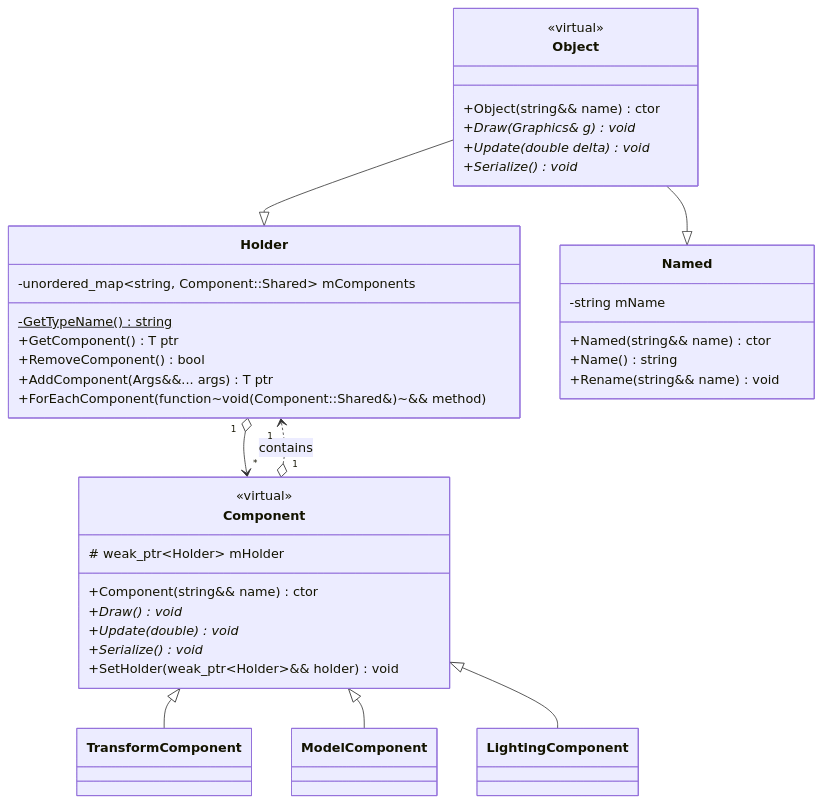
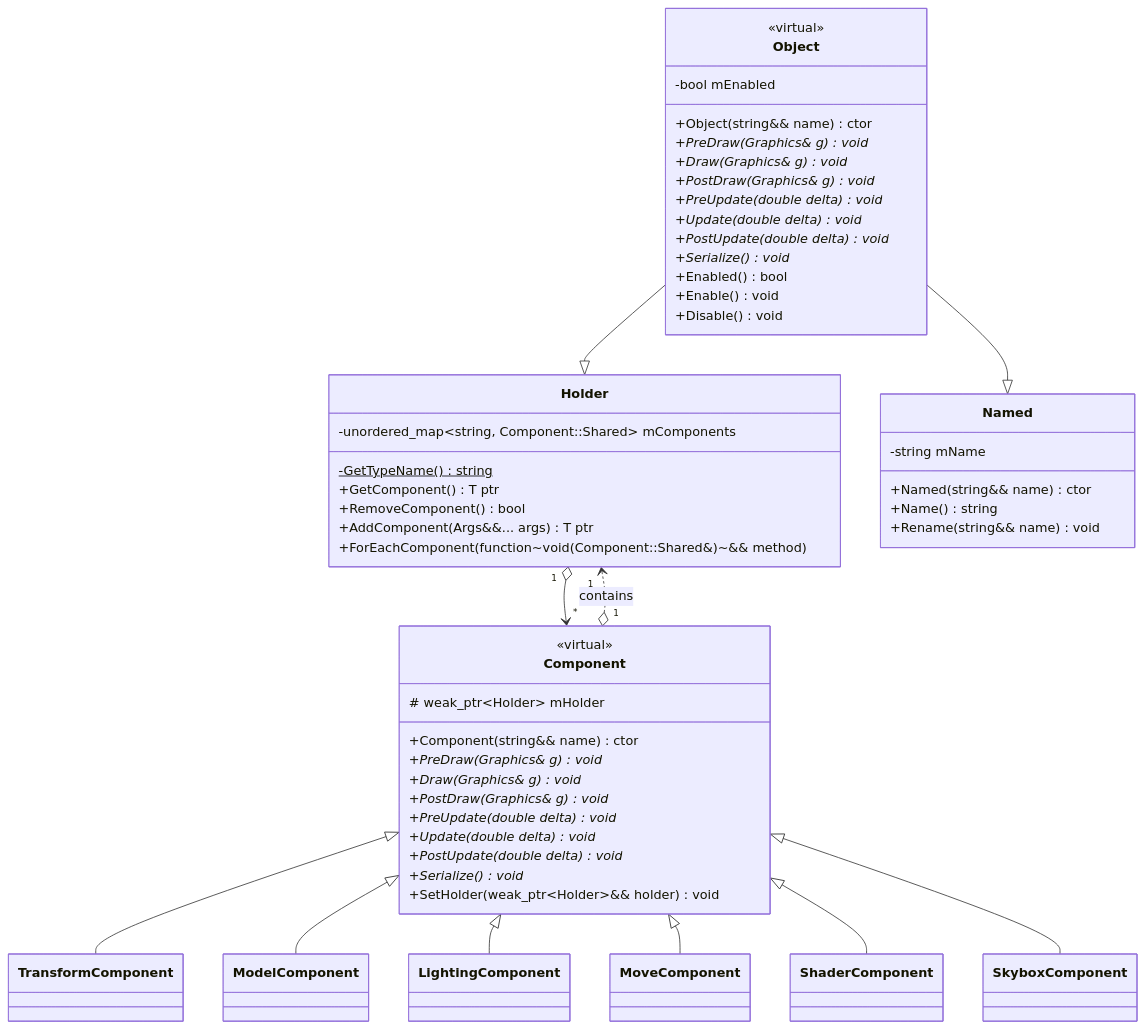
The diagram in README.md (seigtm/meov), drawn with Mermaid before and after one commit. The commit also changed other lines of this file and 13 other files, not shown here.

````diff
--- a/README.md
+++ b/README.md
@@ -11,55 +135,74 @@
 ```mermaid
 classDiagram
 direction TB
 
 Object --|> Holder
 Object --|> Named
 
 Holder "1" o--> "*" Component
 Component "1" o..> "1" Holder : contains
 Component <|-- TransformComponent
 Component <|-- ModelComponent
 Component <|-- LightingComponent
+Component <|-- MoveComponent
+Component <|-- ShaderComponent
+Component <|-- SkyboxComponent
 
 class Named {
     -string mName
 
     +Named(string&& name) ctor
     +Name() string
     +Rename(string&& name) void
 }
 
 class Component {
     <<virtual>>
     # weak_ptr~Holder~ mHolder
 
     +Component(string&& name) ctor
-    +Draw()* void
-    +Update(double)* void
+    +PreDraw(Graphics& g)* void
+    +Draw(Graphics& g)* void
+    +PostDraw(Graphics& g)* void
+    +PreUpdate(double delta)* void
+    +Update(double delta)* void
+    +PostUpdate(double delta)* void
     +Serialize()* void
     +SetHolder(weak_ptr~Holder~&& holder) void
 }
 
 class TransformComponent
 class ModelComponent
 class LightingComponent
+class MoveComponent
+class ShaderComponent
+class SkyboxComponent
 
 class Holder {
     -GetTypeName()$ string
     -unordered_map~string, Component::Shared~ mComponents
 
     +GetComponent() T ptr
     +RemoveComponent() bool
     +AddComponent(Args&&... args) T ptr
     +ForEachComponent(function~void(Component::Shared&)~&& method)
 }
 
 class Object {
     <<virtual>>
+    -bool mEnabled
+
     +Object(string&& name) ctor
+    +PreDraw(Graphics& g)* void
     +Draw(Graphics& g)* void
+    +PostDraw(Graphics& g)* void
+    +PreUpdate(double delta)* void
     +Update(double delta)* void
+    +PostUpdate(double delta)* void
     +Serialize()* void
+    +Enabled() bool
+    +Enable() void
+    +Disable() void
 }
 
 ```
````
